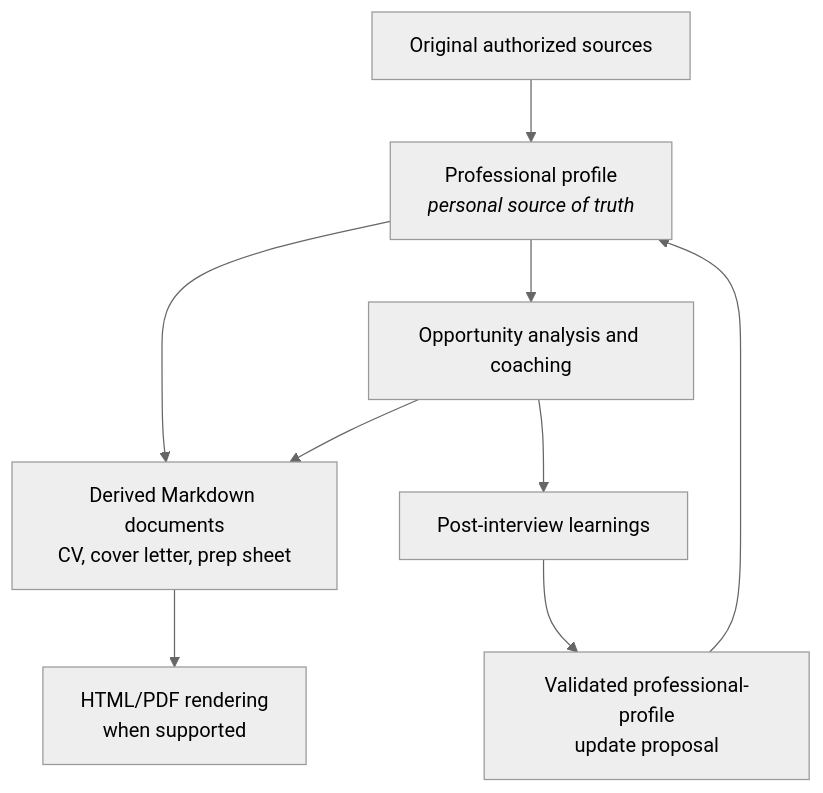
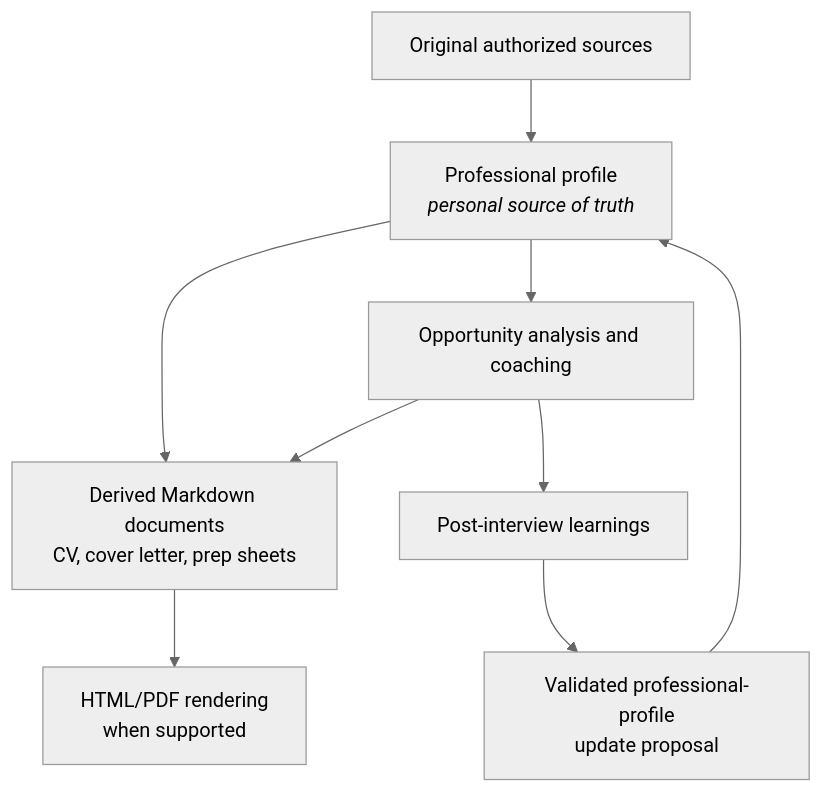
Before and after one commit to JeromeJ77/career-ai-toolkit: the first of 2 diagrams in docs/document-lifecycle.md, drawn with Mermaid (neutral theme). The commit also changed other lines of this file and 5 other files, not shown here.

Commit message:
docs: improve diagrams (+coloring) and clarify opportunity workflow

````diff
--- a/docs/document-lifecycle.md
+++ b/docs/document-lifecycle.md
@@ -3,19 +3,19 @@
 ```mermaid
 flowchart TD
     sources["Original authorized sources"]
     profile["Professional profile<br/><i>personal source of truth</i>"]
     opportunity["Opportunity analysis and coaching"]
-    derived["Derived Markdown documents<br/>CV, cover letter, prep sheet"]
+    derived["Derived Markdown documents<br/>CV, cover letter, prep sheets"]
     render["HTML/PDF rendering<br/>when supported"]
     learnings["Post-interview learnings"]
     proposal["Validated professional-profile<br/>update proposal"]
 
     sources --> profile
     profile --> opportunity
     profile --> derived
     opportunity --> derived
     derived --> render
     opportunity --> learnings
     learnings --> proposal
     proposal --> profile
 ```
````
